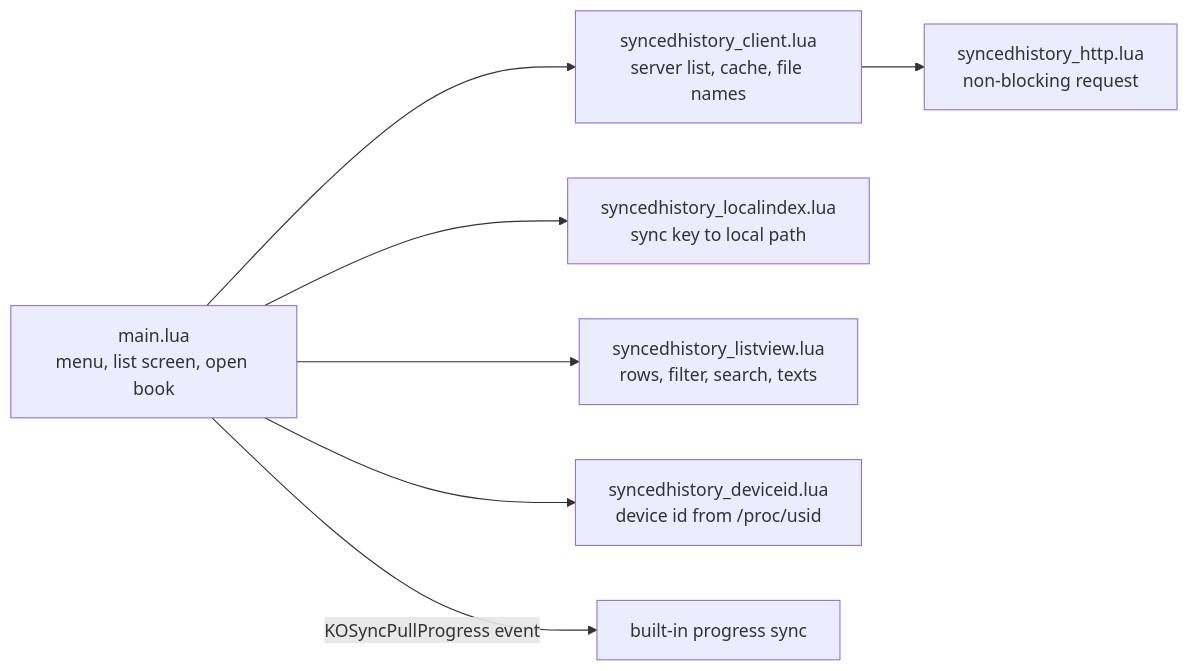
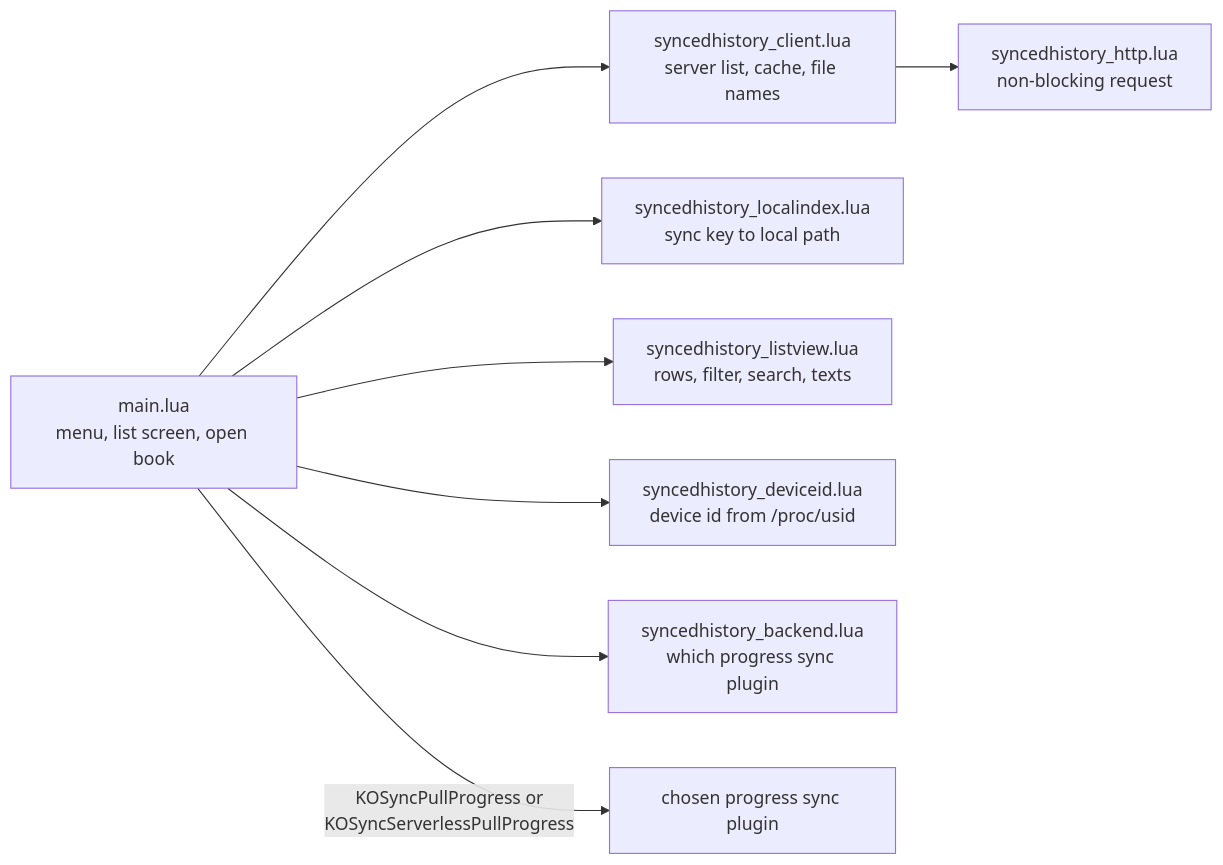
One commit to luutuankiet/koreader-ppw3 changed the diagram in docs/architecture/synced-reading-list.md. Above: the diagram before and after it, drawn with Mermaid. The commit also changed other lines of this file and 7 other files, not shown here.

First line of the commit message:
syncedhistory: choose the progress sync backend, auto prefers progress sync serverless (#65)

````diff
--- a/docs/architecture/synced-reading-list.md
+++ b/docs/architecture/synced-reading-list.md
@@ -11,9 +11,10 @@
 ```mermaid
 flowchart LR
     M[main.lua<br/>menu, list screen, open book] --> C[syncedhistory_client.lua<br/>server list, cache, file names]
     C --> H[syncedhistory_http.lua<br/>non-blocking request]
     M --> I[syncedhistory_localindex.lua<br/>sync key to local path]
     M --> V[syncedhistory_listview.lua<br/>rows, filter, search, texts]
     M --> D[syncedhistory_deviceid.lua<br/>device id from /proc/usid]
-    M -->|KOSyncPullProgress event| K[built-in progress sync]
+    M --> B[syncedhistory_backend.lua<br/>which progress sync plugin]
+    M -->|KOSyncPullProgress or<br/>KOSyncServerlessPullProgress| K[chosen progress sync plugin]
 ```
````
